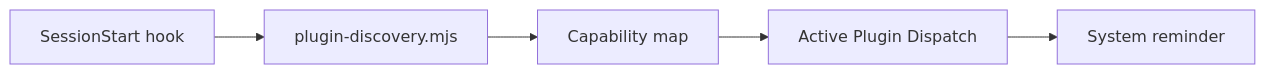
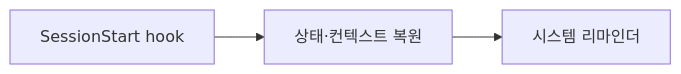
One commit to unclejobs-ai/second-claude-code changed the second of 2 diagrams in docs/orchestrator-architecture.ko.md. Above: the diagram before and after it, drawn with Mermaid. The commit also changed other lines of this file and 147 other files, not shown here.

````diff
--- a/docs/orchestrator-architecture.ko.md
+++ b/docs/orchestrator-architecture.ko.md
@@ -57,7 +63,5 @@
 ```mermaid
 flowchart LR
-    SS[SessionStart hook] --> PD[plugin-discovery.mjs]
-    PD --> MAP[Capability map]
-    MAP --> GUIDE[Active Plugin Dispatch]
-    GUIDE --> CTX[System reminder]
+    SS[SessionStart hook] --> STATE[상태·컨텍스트 복원]
+    STATE --> CTX[시스템 리마인더]
 ```
````
